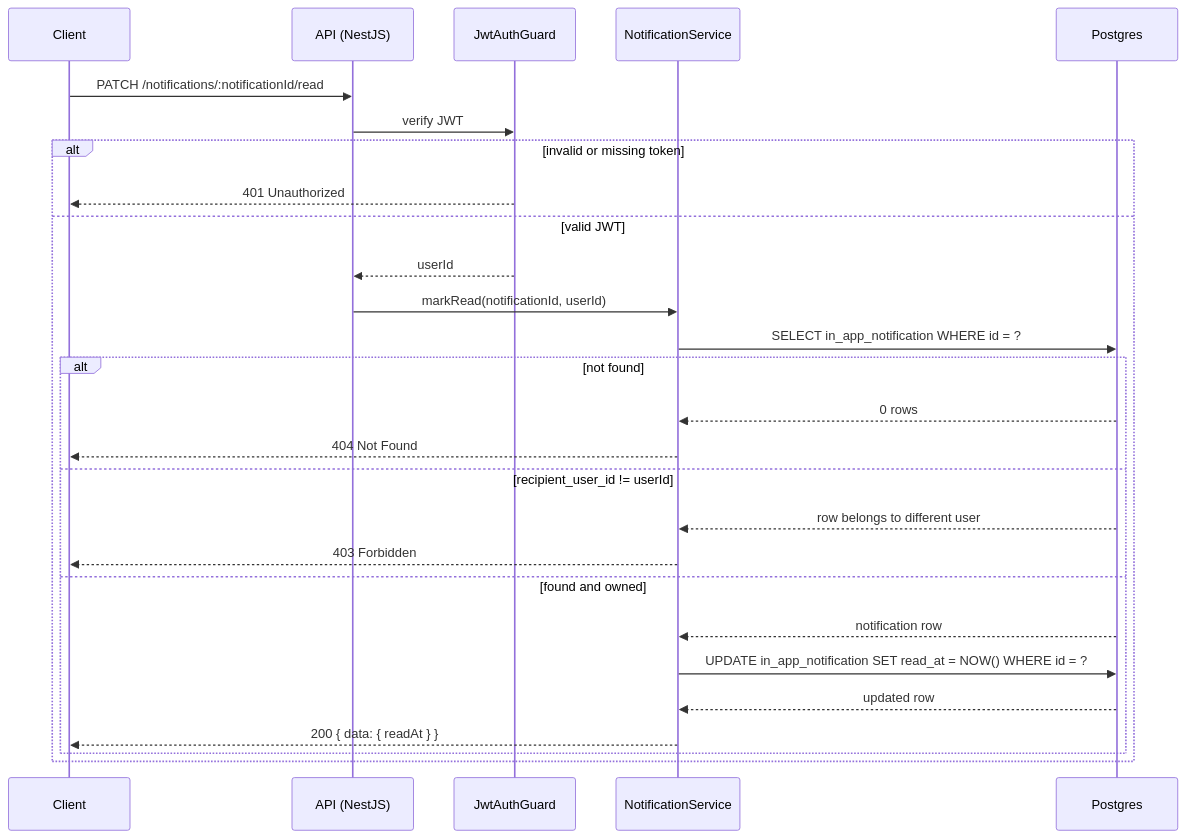
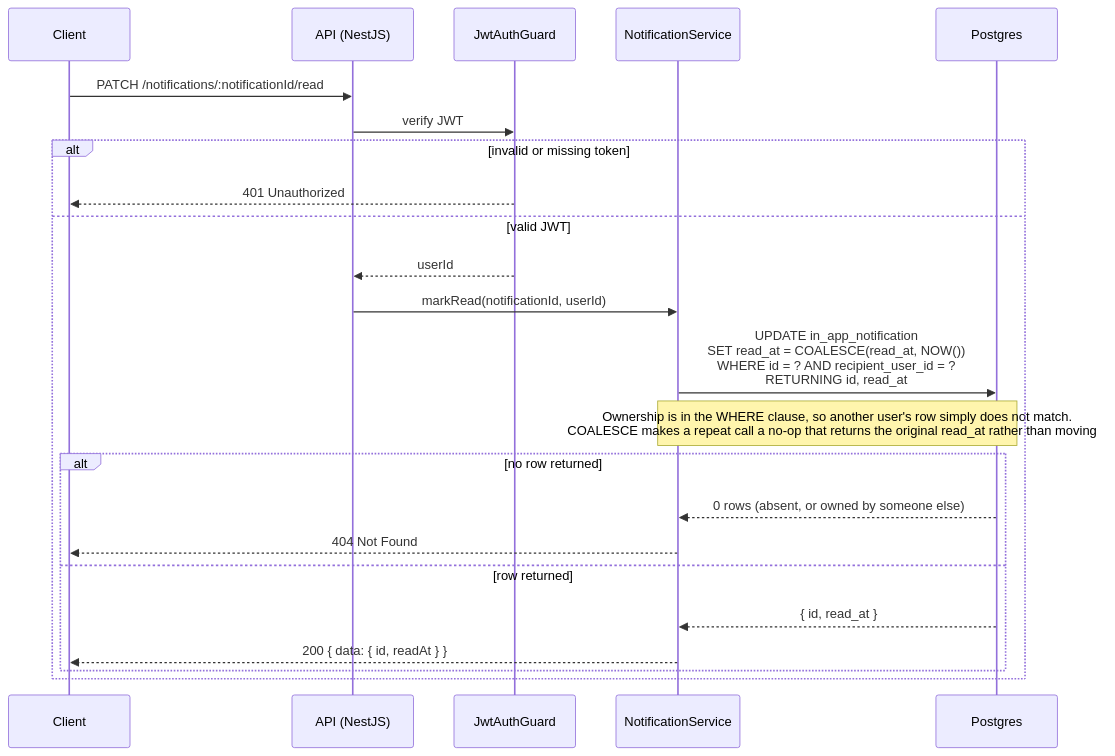
One commit to alisa-uthi/aliceut-ecom-document changed the third of 5 diagrams in phase-1/technical-design/api-design/notifications.md. Above: the diagram before and after it, drawn with Mermaid. The commit also changed other lines of this file and 73 other files, not shown here.

````diff
--- a/phase-1/technical-design/api-design/notifications.md
+++ b/phase-1/technical-design/api-design/notifications.md
@@ -105,30 +159,26 @@
 ```mermaid
 sequenceDiagram
     participant C as Client
     participant API as API (NestJS)
     participant JG as JwtAuthGuard
     participant S as NotificationService
     participant PG as Postgres
 
     C->>API: PATCH /notifications/:notificationId/read
     API->>JG: verify JWT
     alt invalid or missing token
         JG-->>C: 401 Unauthorized
     else valid JWT
         JG-->>API: userId
         API->>S: markRead(notificationId, userId)
-        S->>PG: SELECT in_app_notification WHERE id = ?
-        alt not found
-            PG-->>S: 0 rows
+        S->>PG: UPDATE in_app_notification<br/>SET read_at = COALESCE(read_at, NOW())<br/>WHERE id = ? AND recipient_user_id = ?<br/>RETURNING id, read_at
+        Note over S,PG: Ownership is in the WHERE clause, so another user's row simply does not match.<br/>COALESCE makes a repeat call a no-op that returns the original read_at rather than moving it
+        alt no row returned
+            PG-->>S: 0 rows (absent, or owned by someone else)
             S-->>C: 404 Not Found
-        else recipient_user_id != userId
-            PG-->>S: row belongs to different user
-            S-->>C: 403 Forbidden
-        else found and owned
-            PG-->>S: notification row
-            S->>PG: UPDATE in_app_notification SET read_at = NOW() WHERE id = ?
-            PG-->>S: updated row
-            S-->>C: 200 { data: { readAt } }
+        else row returned
+            PG-->>S: { id, read_at }
+            S-->>C: 200 { data: { id, readAt } }
         end
     end
 ```
````
